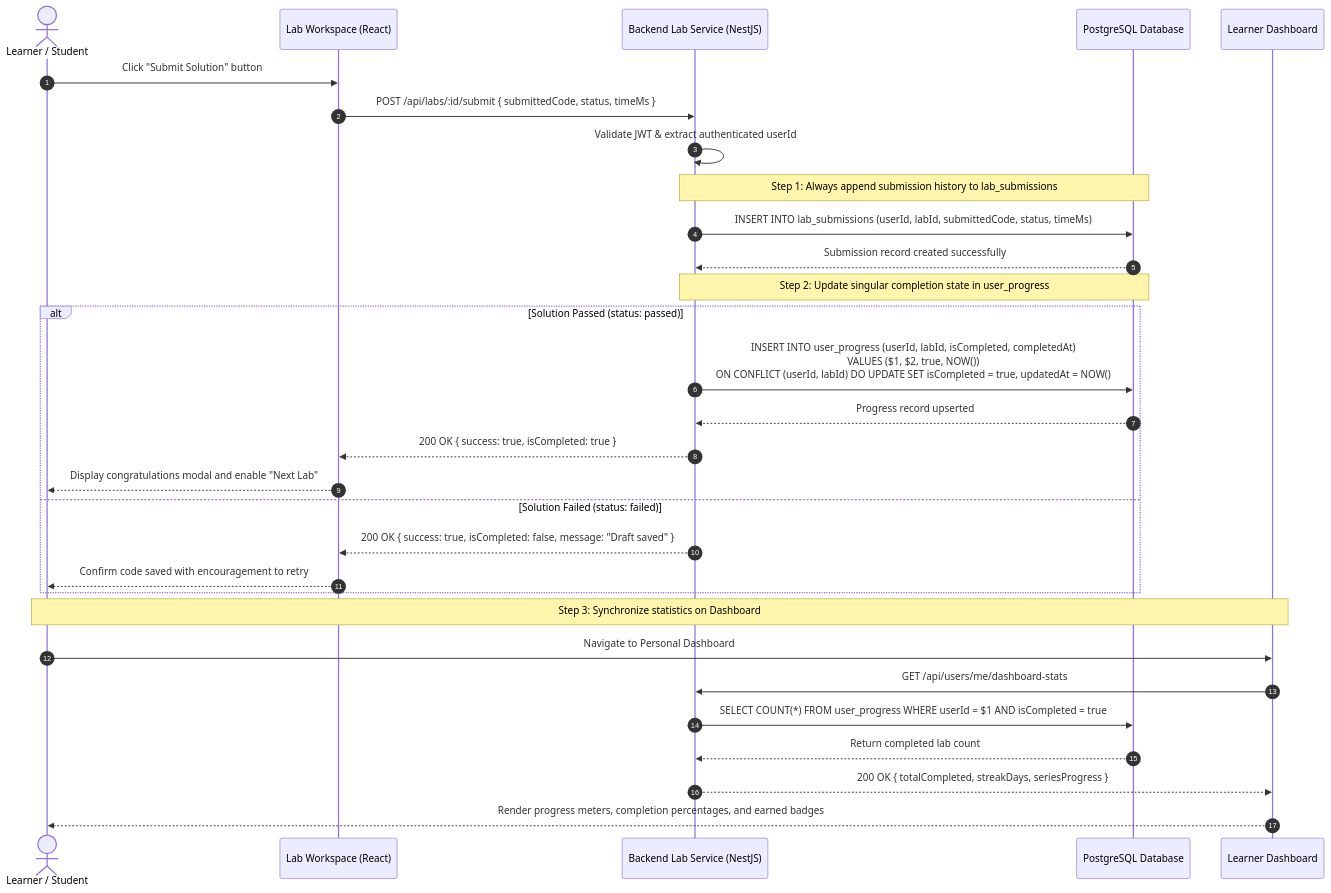
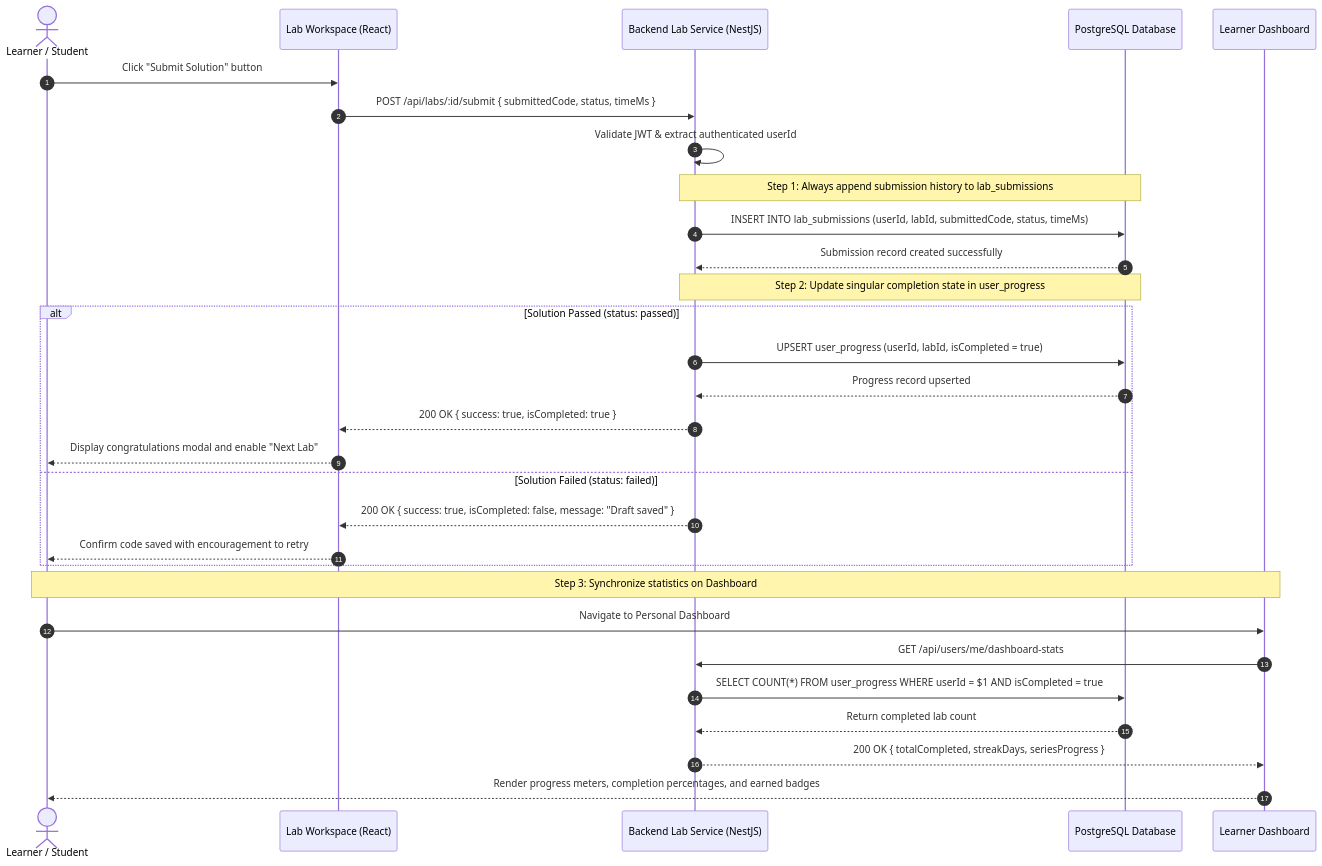
Before and after one commit to NguyenKhanhDuy2703/project_education: the third of 3 diagrams in docs/workflows/04-lab-submission-progress.md, drawn with Mermaid. The commit also changed 6 other files, not shown here.

Commit message:
fix(docs): resolve Mermaid sequence diagram delimiter and br parsing errors

````diff
--- a/docs/workflows/04-lab-submission-progress.md
+++ b/docs/workflows/04-lab-submission-progress.md
@@ -119,36 +119,36 @@
 ```mermaid
 sequenceDiagram
     autonumber
     actor User as Learner / Student
     participant FE as Lab Workspace (React)
     participant BE as Backend Lab Service (NestJS)
     participant DB as PostgreSQL Database
     participant Dash as Learner Dashboard
 
     User->>FE: Click "Submit Solution" button
     FE->>BE: POST /api/labs/:id/submit { submittedCode, status, timeMs }
     BE->>BE: Validate JWT & extract authenticated userId
     
     Note over BE, DB: Step 1: Always append submission history to lab_submissions
     BE->>DB: INSERT INTO lab_submissions (userId, labId, submittedCode, status, timeMs)
     DB-->>BE: Submission record created successfully
 
     Note over BE, DB: Step 2: Update singular completion state in user_progress
     alt Solution Passed (status: passed)
-        BE->>DB: INSERT INTO user_progress (userId, labId, isCompleted, completedAt)<br/>VALUES ($1, $2, true, NOW())<br/>ON CONFLICT (userId, labId) DO UPDATE SET isCompleted = true, updatedAt = NOW()
+        BE->>DB: UPSERT user_progress (userId, labId, isCompleted = true)
         DB-->>BE: Progress record upserted
         BE-->>FE: 200 OK { success: true, isCompleted: true }
         FE-->>User: Display congratulations modal and enable "Next Lab"
     else Solution Failed (status: failed)
         BE-->>FE: 200 OK { success: true, isCompleted: false, message: "Draft saved" }
         FE-->>User: Confirm code saved with encouragement to retry
     end
 
     Note over User, Dash: Step 3: Synchronize statistics on Dashboard
     User->>Dash: Navigate to Personal Dashboard
     Dash->>BE: GET /api/users/me/dashboard-stats
     BE->>DB: SELECT COUNT(*) FROM user_progress WHERE userId = $1 AND isCompleted = true
     DB-->>BE: Return completed lab count
     BE-->>Dash: 200 OK { totalCompleted, streakDays, seriesProgress }
     Dash-->>User: Render progress meters, completion percentages, and earned badges
 ```
````
